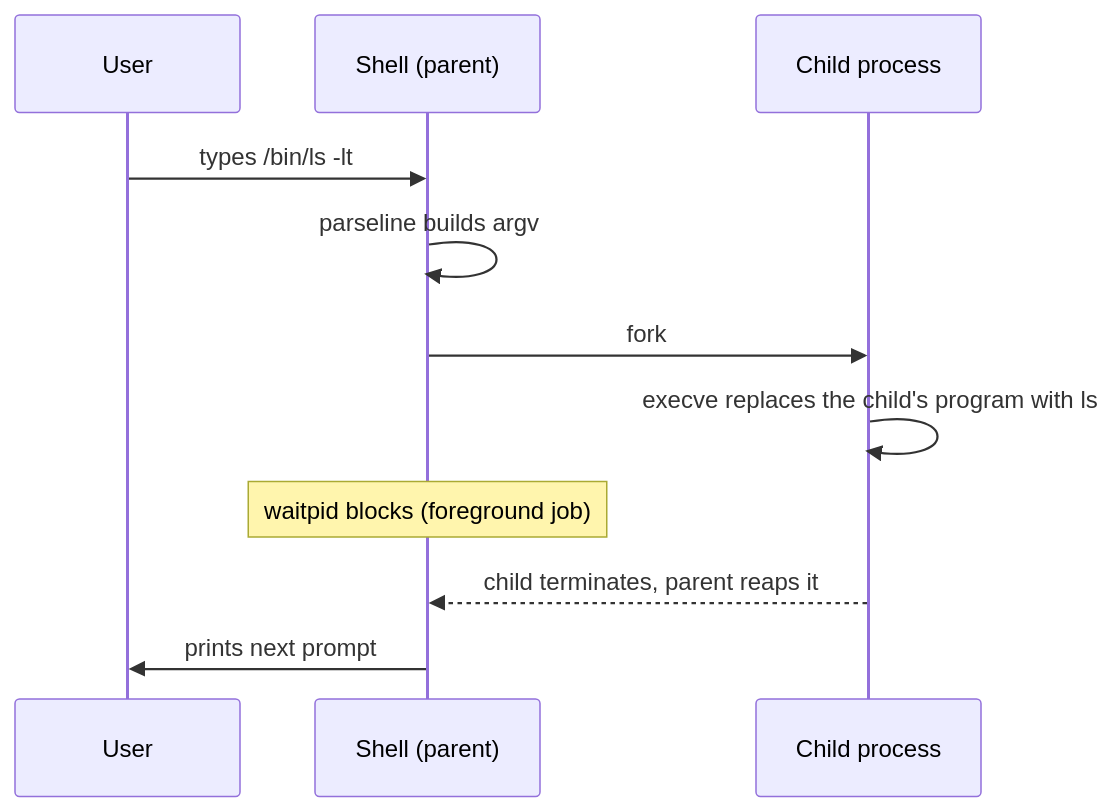
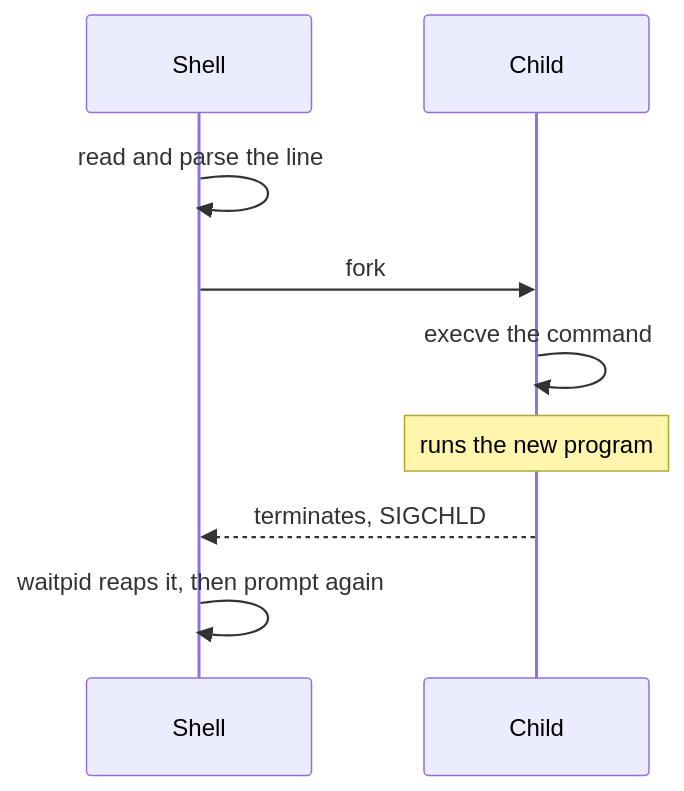
Before and after one commit to alvinnew100/grand-line-study-guide: the third of 3 diagrams in src/csapp/lessons/22-processes.md, drawn with Mermaid. The commit also changed other lines of this file and 47 other files, not shown here.

````diff
--- a/src/csapp/lessons/22-processes.md
+++ b/src/csapp/lessons/22-processes.md
@@ -300,13 +335,11 @@
 ```mermaid
 sequenceDiagram
-  participant U as User
-  participant S as Shell (parent)
-  participant C as Child process
-  U->>S: types /bin/ls -lt
-  S->>S: parseline builds argv
-  S->>C: fork
-  C->>C: execve replaces the child's program with ls
-  Note over S: waitpid blocks (foreground job)
-  C-->>S: child terminates, parent reaps it
-  S->>U: prints next prompt
+    participant S as Shell
+    participant C as Child
+    S->>S: read and parse the line
+    S->>C: fork
+    C->>C: execve the command
+    Note over C: runs the new program
+    C-->>S: terminates, SIGCHLD
+    S->>S: waitpid reaps it, then prompt again
 ```
````
